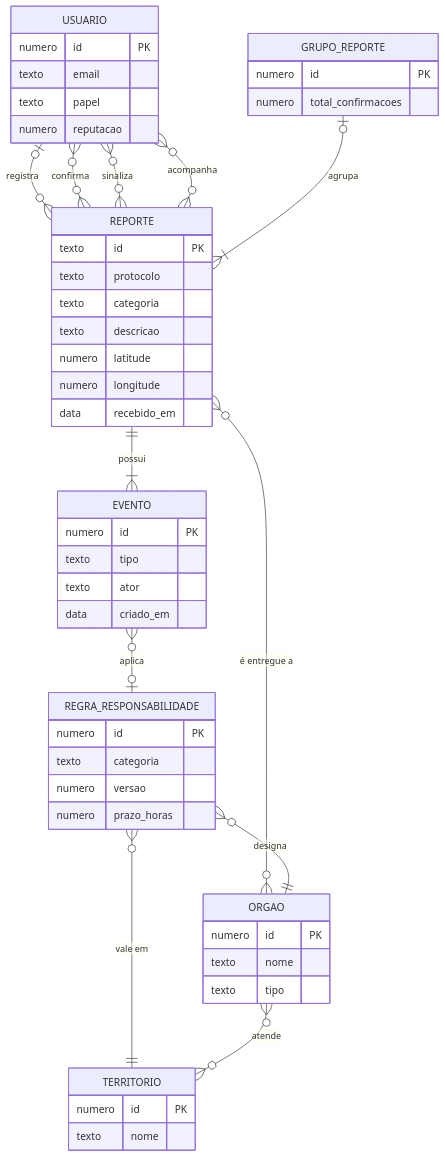
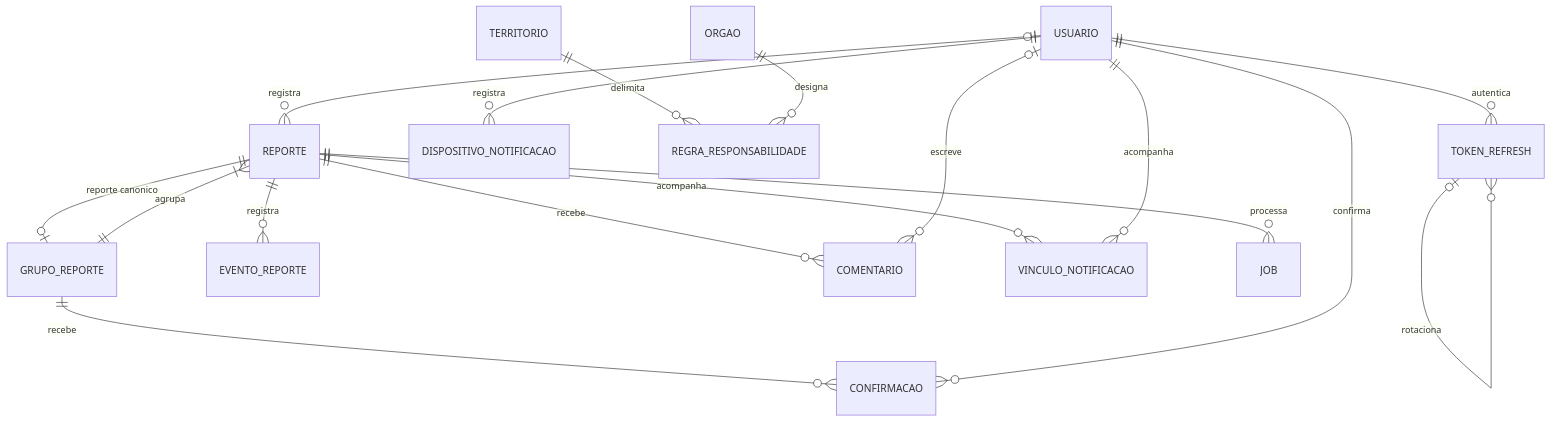
One commit to trabalhos-si-fiap/gs_citizen_tech changed the first of 2 diagrams in docs_tecnicas/05-diagramas-mer-der.md. Above: the diagram before and after it, drawn with Mermaid. The commit also changed other lines of this file and 33 other files, not shown here.

````diff
--- a/docs_tecnicas/05-diagramas-mer-der.md
+++ b/docs_tecnicas/05-diagramas-mer-der.md
@@ -10,54 +14,19 @@
 ```mermaid
 erDiagram
-  USUARIO |o--o{ REPORTE : "registra"
-  USUARIO }o--o{ REPORTE : "confirma"
-  USUARIO }o--o{ REPORTE : "sinaliza"
-  USUARIO }o--o{ REPORTE : "acompanha"
-  REPORTE ||--|{ EVENTO : "possui"
-  GRUPO_REPORTE |o--|{ REPORTE : "agrupa"
-  REPORTE }o--o{ ORGAO : "é entregue a"
-  EVENTO }o--o| REGRA_RESPONSABILIDADE : "aplica"
-  REGRA_RESPONSABILIDADE }o--|| ORGAO : "designa"
-  REGRA_RESPONSABILIDADE }o--|| TERRITORIO : "vale em"
-  ORGAO }o--o{ TERRITORIO : "atende"
-  USUARIO {
-    numero id PK
-    texto email
-    texto papel
-    numero reputacao
-  }
-  REPORTE {
-    texto id PK
-    texto protocolo
-    texto categoria
-    texto descricao
-    numero latitude
-    numero longitude
-    data recebido_em
-  }
-  EVENTO {
-    numero id PK
-    texto tipo
-    texto ator
-    data criado_em
-  }
-  GRUPO_REPORTE {
-    numero id PK
-    numero total_confirmacoes
-  }
-  ORGAO {
-    numero id PK
-    texto nome
-    texto tipo
-  }
-  TERRITORIO {
-    numero id PK
-    texto nome
-  }
-  REGRA_RESPONSABILIDADE {
-    numero id PK
-    texto categoria
-    numero versao
-    numero prazo_horas
-  }
+  USUARIO o|--o{ REPORTE : registra
+  GRUPO_REPORTE ||--|{ REPORTE : agrupa
+  REPORTE ||--o| GRUPO_REPORTE : "reporte canonico"
+  REPORTE ||--o{ EVENTO_REPORTE : registra
+  REPORTE ||--o{ COMENTARIO : recebe
+  USUARIO o|--o{ COMENTARIO : escreve
+  GRUPO_REPORTE ||--o{ CONFIRMACAO : recebe
+  USUARIO ||--o{ CONFIRMACAO : confirma
+  REPORTE ||--o{ VINCULO_NOTIFICACAO : acompanha
+  USUARIO ||--o{ VINCULO_NOTIFICACAO : acompanha
+  USUARIO ||--o{ DISPOSITIVO_NOTIFICACAO : registra
+  REPORTE ||--o{ JOB : processa
+  TERRITORIO ||--o{ REGRA_RESPONSABILIDADE : delimita
+  ORGAO ||--o{ REGRA_RESPONSABILIDADE : designa
+  USUARIO ||--o{ TOKEN_REFRESH : autentica
+  TOKEN_REFRESH o|--o{ TOKEN_REFRESH : rotaciona
 ```
````
